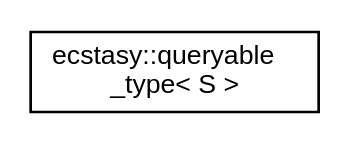
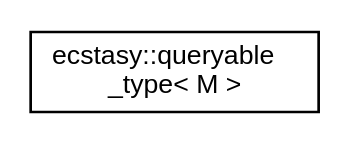
One commit to AndreasLrx/ecstasy changed the diagram in inherit_graph_38.dot. Above: the diagram before and after it, drawn with Graphviz. The commit also changed 382 other files, not shown here.

```diff
--- a/inherit_graph_38.dot
+++ b/inherit_graph_38.dot
@@ -1,8 +1,8 @@
 digraph "Graphical Class Hierarchy"
 {
  // LATEX_PDF_SIZE
   edge [fontname="Helvetica",fontsize="10",labelfontname="Helvetica",labelfontsize="10"];
   node [fontname="Helvetica",fontsize="10",shape=record];
   rankdir="LR";
-  Node0 [label="ecstasy::queryable\l_type\< S \>",height=0.2,width=0.4,color="black", fillcolor="white", style="filled",URL="$structecstasy_1_1queryable__type_3_01_s_01_4.html",tooltip="Try to get the type of a queryable associated to a type stored in the registry (component,..."];
+  Node0 [label="ecstasy::queryable\l_type\< M \>",height=0.2,width=0.4,color="black", fillcolor="white", style="filled",URL="$structecstasy_1_1queryable__type_3_01_m_01_4.html",tooltip="type"];
 }
```
